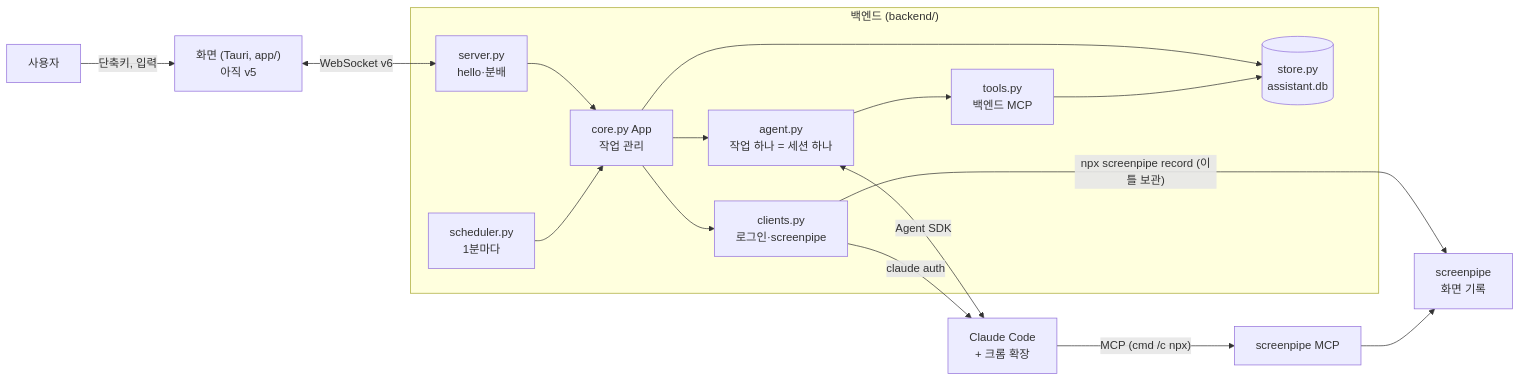
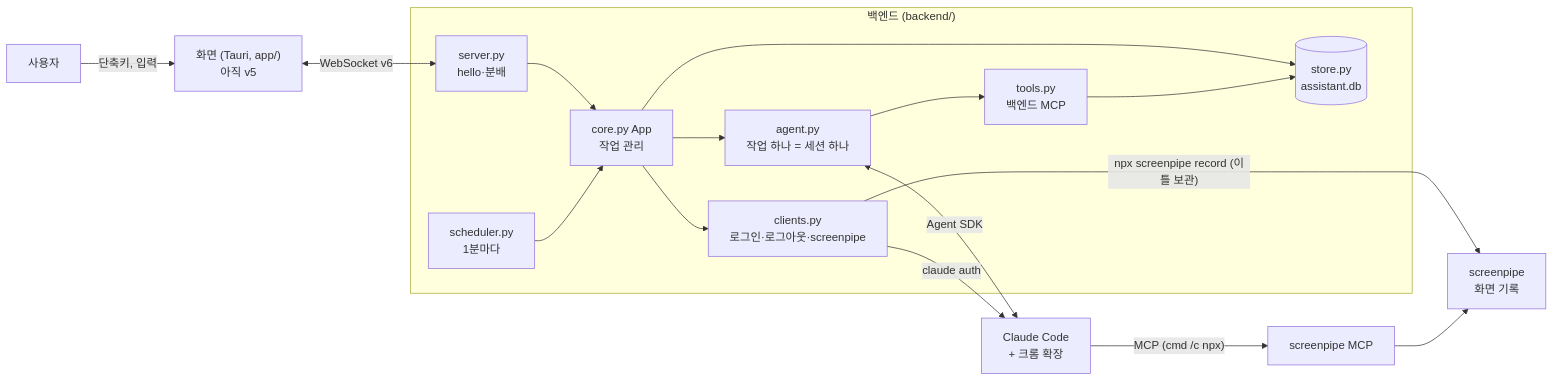
Before and after one commit to HEOSEONGILml/AssistantChatBot: the diagram in ARCHITECTURE.md, drawn with Mermaid. The commit also changed other lines of this file and 10 other files, not shown here.

````diff
--- a/ARCHITECTURE.md
+++ b/ARCHITECTURE.md
@@ -9,19 +9,19 @@
 ```mermaid
 flowchart LR
   U["사용자"] -->|"단축키, 입력"| APP["화면 (Tauri, app/)<br>아직 v5"]
   APP <-->|"WebSocket v6"| SRV["server.py<br>hello·분배"]
   subgraph B["백엔드 (backend/)"]
     SRV --> CORE["core.py App<br>작업 관리"]
     SCH["scheduler.py<br>1분마다"] --> CORE
     CORE --> ST[("store.py<br>assistant.db")]
     CORE --> AG["agent.py<br>작업 하나 = 세션 하나"]
     AG --> TL["tools.py<br>백엔드 MCP"]
     TL --> ST
-    CORE --> CL["clients.py<br>로그인·screenpipe"]
+    CORE --> CL["clients.py<br>로그인·로그아웃·screenpipe"]
   end
   AG <-->|"Agent SDK"| CC["Claude Code<br>+ 크롬 확장"]
   CC -->|"MCP (cmd /c npx)"| SPM["screenpipe MCP"]
   CL -->|"claude auth"| CC
   CL -->|"npx screenpipe record (이틀 보관)"| SP["screenpipe<br>화면 기록"]
   SPM --> SP
 ```
````
